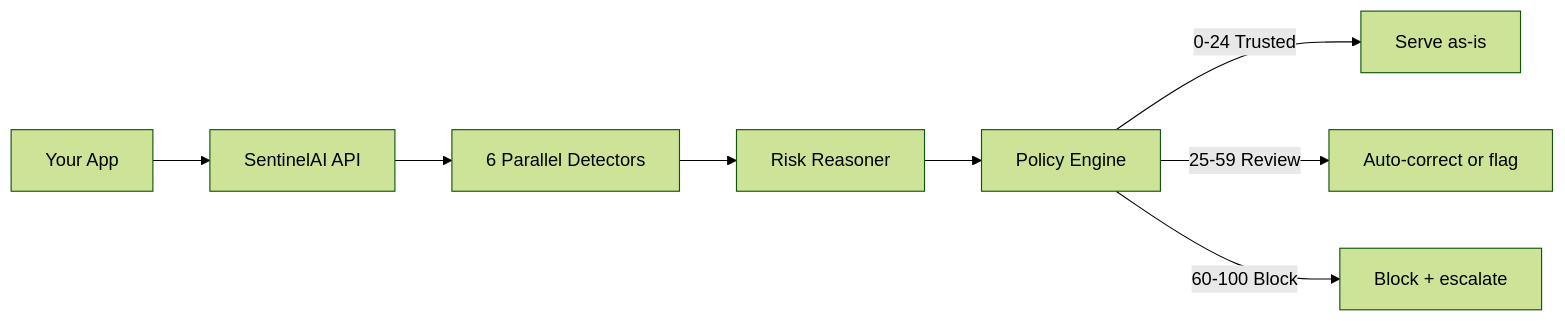
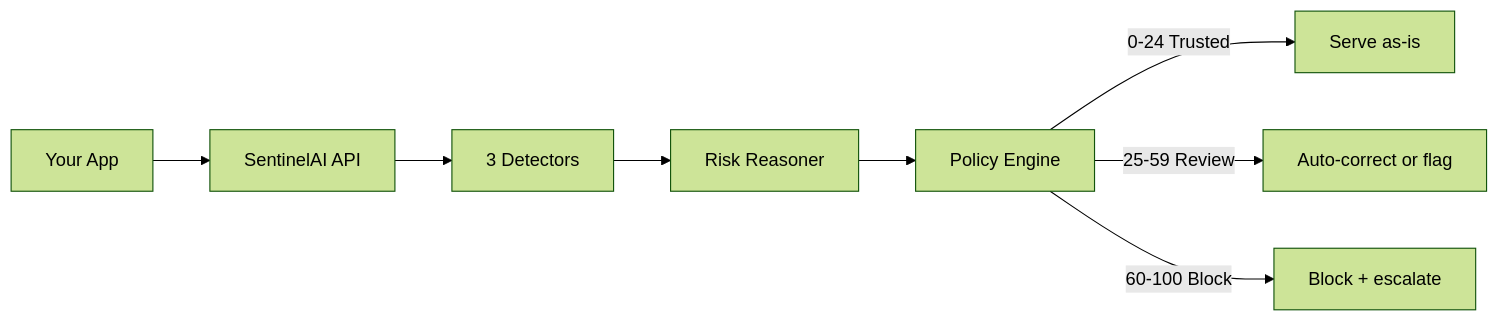
One commit to Blacksujit/Sentinel-AI changed the second of 2 diagrams in README.md. Above: the diagram before and after it, drawn with Mermaid (forest theme). The commit also changed other lines of this file, not shown here.

````diff
--- a/README.md
+++ b/README.md
@@ -103,10 +97,10 @@
 ```mermaid
 flowchart LR
     App[Your App] --> API[SentinelAI API]
-    API --> Detectors[6 Parallel Detectors]
+    API --> Detectors[3 Detectors]
     Detectors --> Reasoner[Risk Reasoner]
     Reasoner --> Policy[Policy Engine]
     Policy -->|0-24 Trusted| Serve[Serve as-is]
     Policy -->|25-59 Review| Fix[Auto-correct or flag]
     Policy -->|60-100 Block| Block[Block + escalate]
 ```
````
